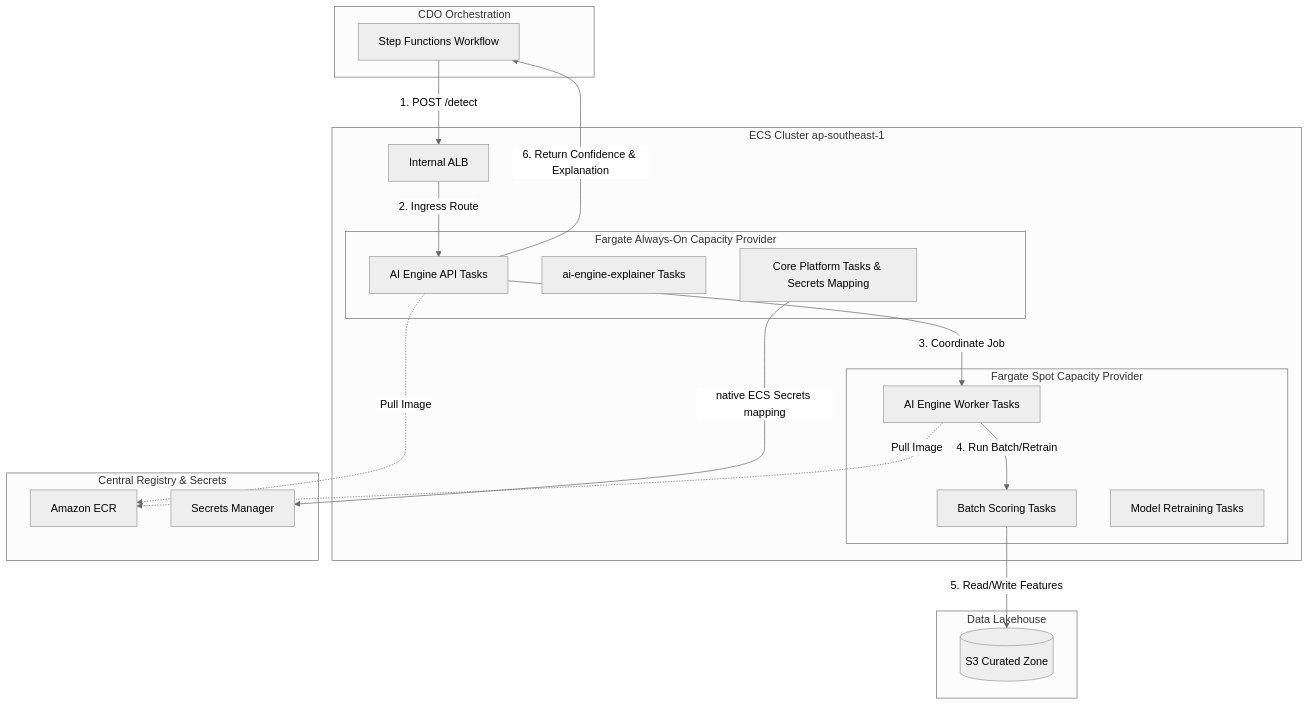
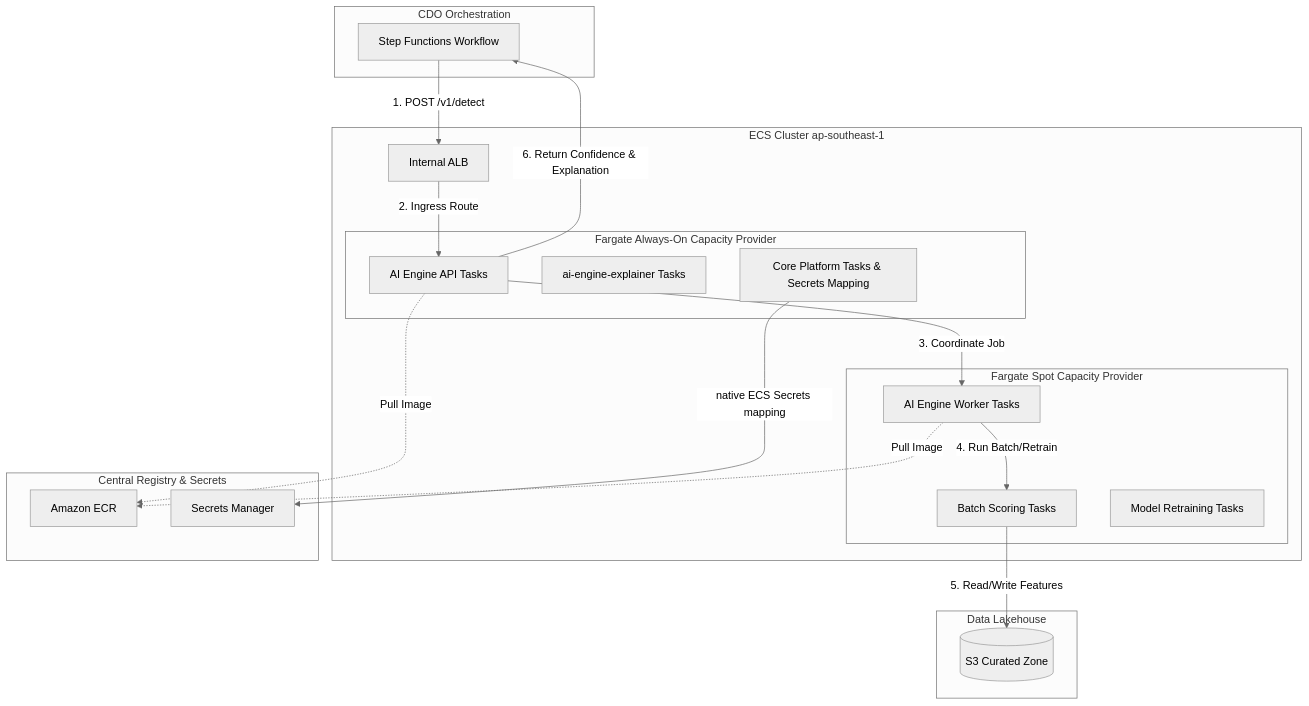
The fourth of 5 diagrams in docs/tf2-finops/02_infra_design.md (hungxqt/tf2-finops-docs), drawn with Mermaid (neutral theme) before and after one commit. The commit also changed other lines of this file and 22 other files, not shown here.

````diff
--- a/docs/tf2-finops/02_infra_design.md
+++ b/docs/tf2-finops/02_infra_design.md
@@ -169,43 +169,43 @@
 ```mermaid
 graph TB
     subgraph "CDO Orchestration"
         SF[Step Functions Workflow]
     end
 
     subgraph "Data Lakehouse"
         CuratedS3[(S3 Curated Zone)]
     end
 
     subgraph "ECS Cluster ap-southeast-1"
         ALB[Internal ALB]
         
         subgraph "Fargate Always-On Capacity Provider"
             API[AI Engine API Tasks]
             EXP[ai-engine-explainer Tasks]
             Core[Core Platform Tasks & Secrets Mapping]
         end
 
         subgraph "Fargate Spot Capacity Provider"
             Worker[AI Engine Worker Tasks]
             Batch[Batch Scoring Tasks]
             Train[Model Retraining Tasks]
         end
     end
     
     subgraph "Central Registry & Secrets"
         ECR[Amazon ECR]
         SM[Secrets Manager]
     end
 
     %% Flow
-    SF -->|1. POST /detect| ALB
+    SF -->|1. POST /v1/detect| ALB
     ALB -->|2. Ingress Route| API
     API -->|3. Coordinate Job| Worker
     Worker -->|4. Run Batch/Retrain| Batch
     Batch -->|5. Read/Write Features| CuratedS3
     API -->|6. Return Confidence & Explanation| SF
     
     Core -->|native ECS Secrets mapping| SM
     API -.->|Pull Image| ECR
     Worker -.->|Pull Image| ECR
 ```
````
